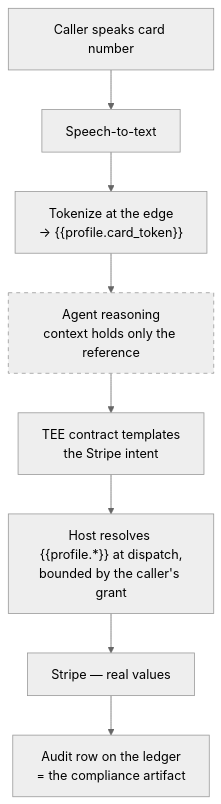
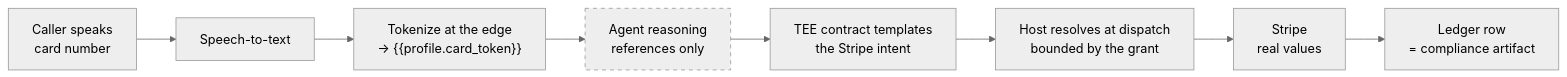
The second of 2 diagrams in README.md (gopanihitansh5-collab/t3n-adk-submission), drawn with Mermaid (neutral theme) before and after one commit. The commit also changed other lines of this file and 4 other files, not shown here.

First line of the commit message:
docs: reference architecture figure and full rewrite of the report

````diff
--- a/README.md
+++ b/README.md
@@ -246,12 +210,12 @@
 ```mermaid
-flowchart TD
-  C["Caller speaks card number"] --> STT["Speech-to-text"]
+flowchart LR
+  C["Caller speaks<br/>card number"] --> STT["Speech-to-text"]
   STT --> TOK["Tokenize at the edge<br/>→ {{profile.card_token}}"]
-  TOK --> LLM["Agent reasoning<br/>context holds only the reference"]
+  TOK --> LLM["Agent reasoning<br/>references only"]
   LLM --> WC["TEE contract templates<br/>the Stripe intent"]
-  WC --> HR["Host resolves {{profile.*}} at dispatch,<br/>bounded by the caller's grant"]
-  HR --> ST["Stripe — real values"]
-  ST --> LED["Audit row on the ledger<br/>= the compliance artifact"]
+  WC --> HR["Host resolves at dispatch<br/>bounded by the grant"]
+  HR --> ST["Stripe<br/>real values"]
+  ST --> LED["Ledger row<br/>= compliance artifact"]
 
   style LLM stroke-dasharray: 5 5
 ```
````
